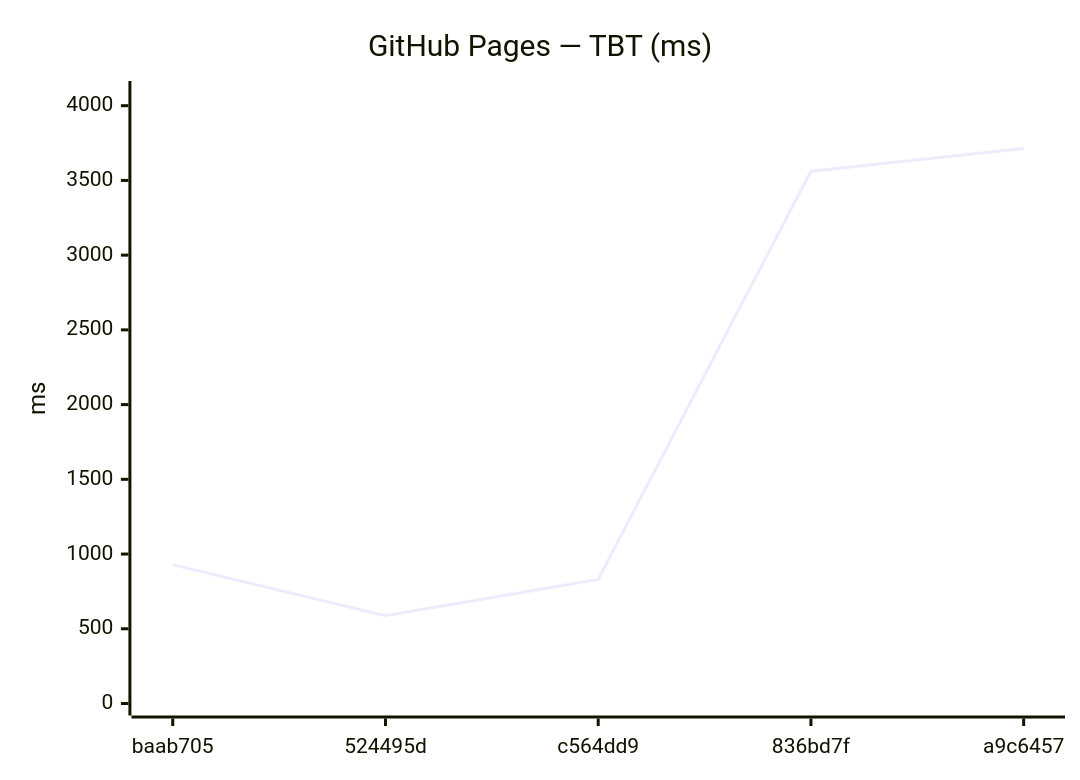
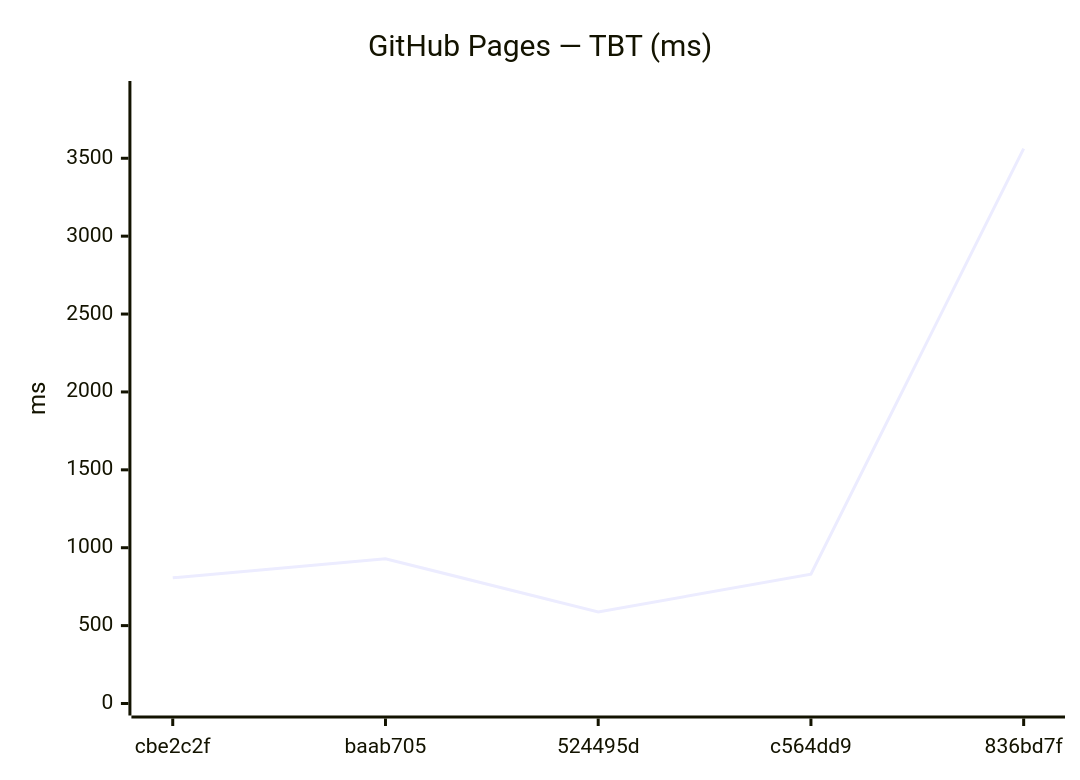
Before and after one commit to Metaheurist/Rianell: the eighth of 12 diagrams in benchmarks/compare.md, drawn with Mermaid. The commit also changed other lines of this file and 8 other files, not shown here.

````diff
--- a/benchmarks/compare.md
+++ b/benchmarks/compare.md
@@ -114,7 +114,7 @@
 ```mermaid
 xychart-beta
     title "GitHub Pages — TBT (ms)"
-    x-axis ["baab705", "524495d", "c564dd9", "836bd7f", "a9c6457"]
-    y-axis "ms" 0 --> 4085
-    line [929, 588, 830, 3562, 3713]
+    x-axis ["cbe2c2f", "baab705", "524495d", "c564dd9", "836bd7f"]
+    y-axis "ms" 0 --> 3919
+    line [807, 929, 588, 830, 3562]
 ```
````
